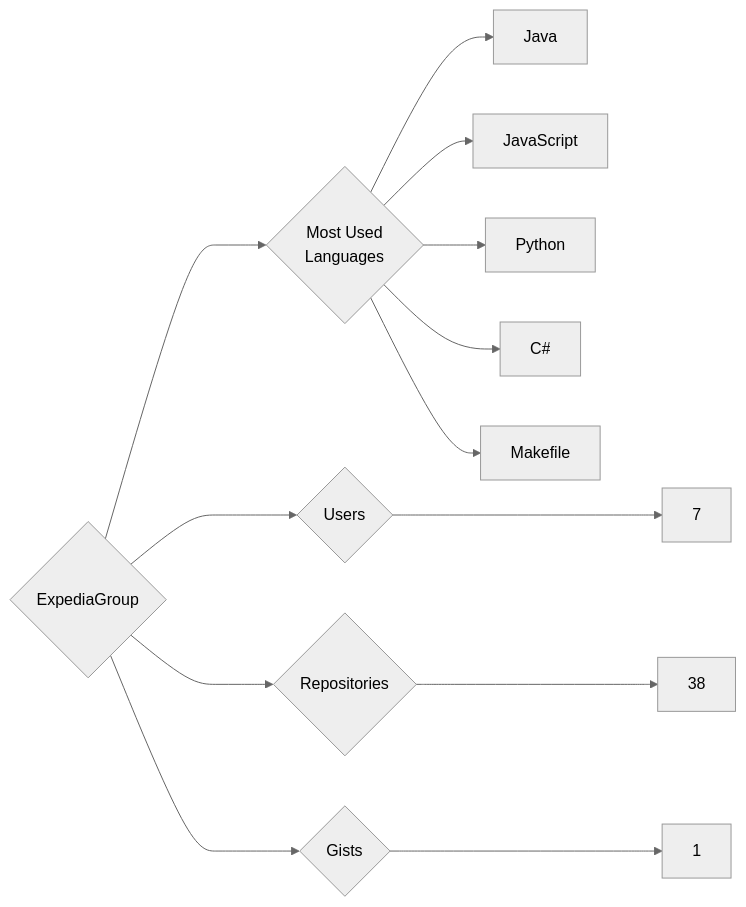
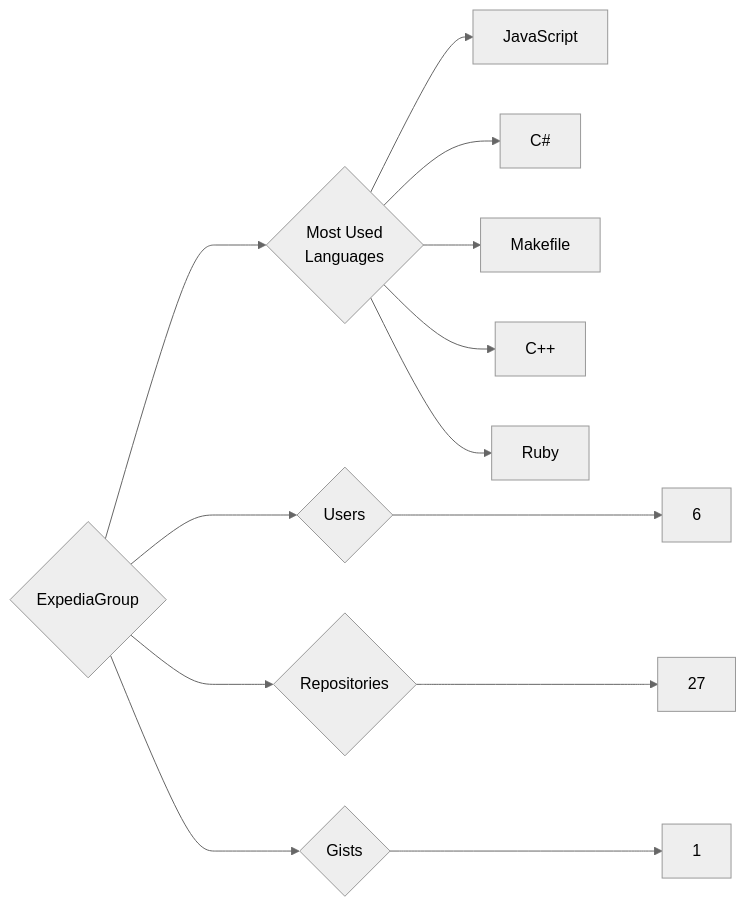
The diagram in targets/ExpediaGroup/README.md (trickest/insiders), drawn with Mermaid (neutral theme) before and after one commit. The commit also changed 865 other files, not shown here.

````diff
--- a/targets/ExpediaGroup/README.md
+++ b/targets/ExpediaGroup/README.md
@@ -3,13 +3,13 @@
 ```mermaid
 graph LR
 COMPANY_NAME{ExpediaGroup}
-COMPANY_NAME ---> U{Users} ---> UN[7]
-COMPANY_NAME ---> R{Repositories} ---> RN[38]
+COMPANY_NAME ---> U{Users} ---> UN[6]
+COMPANY_NAME ---> R{Repositories} ---> RN[27]
 COMPANY_NAME ---> G{Gists} ---> GN[1]
 COMPANY_NAME ---> ML{Most Used<br>Languages}
-ML --> Java[Java]
 ML --> JavaScript[JavaScript]
-ML --> Python[Python]
 ML --> C#[C#]
 ML --> Makefile[Makefile]
+ML --> C++[C++]
+ML --> Ruby[Ruby]
 ```
````
